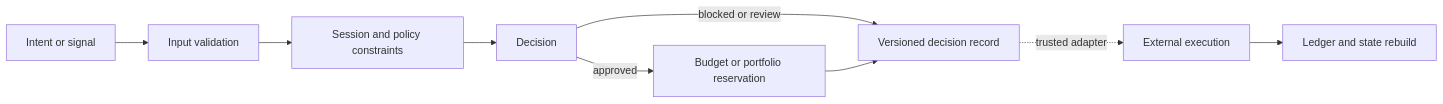
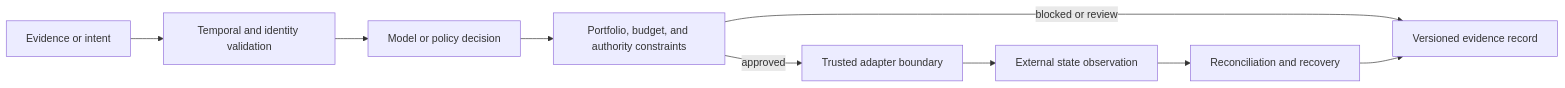
Before and after one commit to Szigor-Research/.github: the diagram in docs/architecture/overview.md, drawn with Mermaid. The commit also changed other lines of this file and 10 other files, not shown here.

````diff
--- a/docs/architecture/overview.md
+++ b/docs/architecture/overview.md
@@ -8,11 +8,11 @@
 ```mermaid
 flowchart LR
-    A["Intent or signal"] --> B["Input validation"]
-    B --> C["Session and policy constraints"]
-    C --> D["Decision"]
-    D -->|"blocked or review"| E["Versioned decision record"]
-    D -->|"approved"| R["Budget or portfolio reservation"]
-    R --> E
-    E -. trusted adapter .-> F["External execution"]
-    F --> G["Ledger and state rebuild"]
+    A["Evidence or intent"] --> B["Temporal and identity validation"]
+    B --> C["Model or policy decision"]
+    C --> D["Portfolio, budget, and authority constraints"]
+    D -->|"blocked or review"| E["Versioned evidence record"]
+    D -->|"approved"| F["Trusted adapter boundary"]
+    F --> G["External state observation"]
+    G --> H["Reconciliation and recovery"]
+    H --> E
 ```
````
